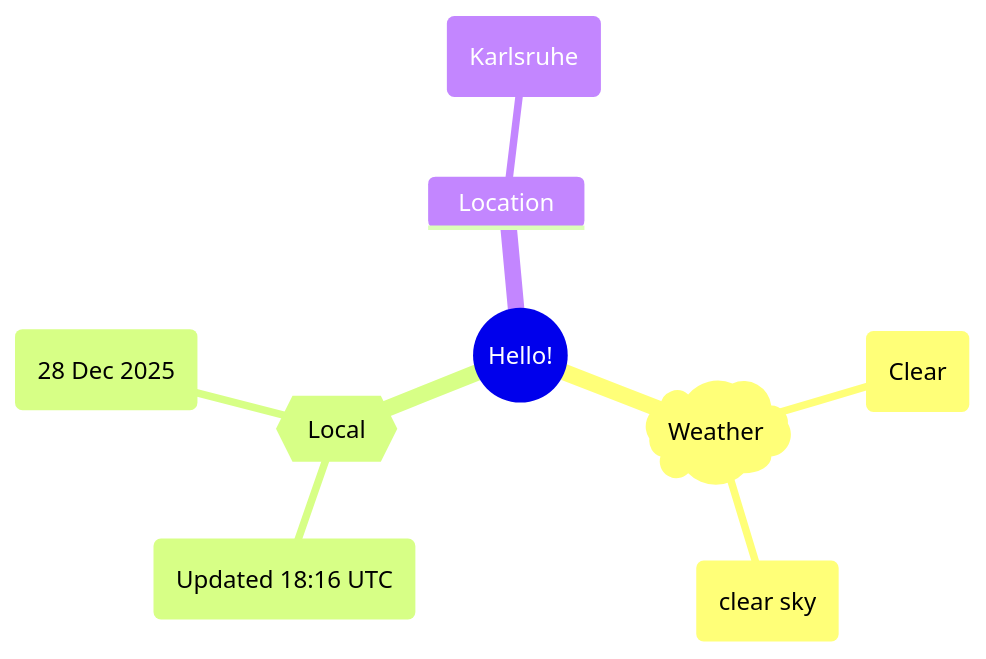
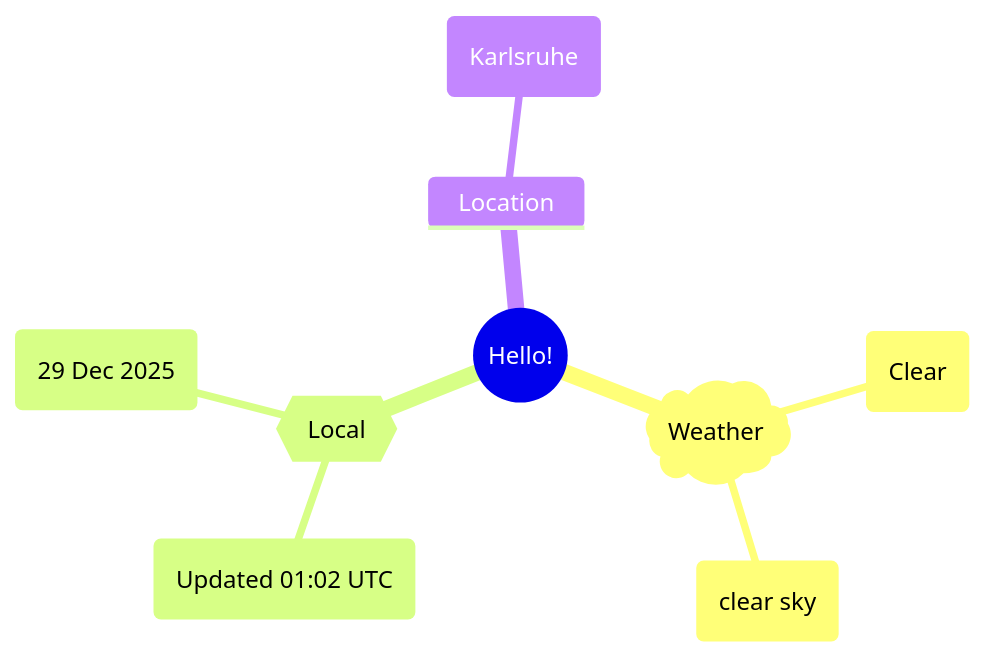
The first of 2 diagrams in README.md (Xosrov/Xosrov), drawn with Mermaid before and after one commit.

Commit message:
[bot] updated images

````diff
--- a/README.md
+++ b/README.md
@@ -3,12 +3,12 @@
 ```mermaid
 mindmap
   root((Hello!))
     )Weather(
         (Clear)
         (clear sky)
     {{Local}}
-        (Updated 18:16 UTC)
-        (28 Dec 2025)
+        (Updated 01:02 UTC)
+        (29 Dec 2025)
     Location
         (Karlsruhe)
 ```
````
